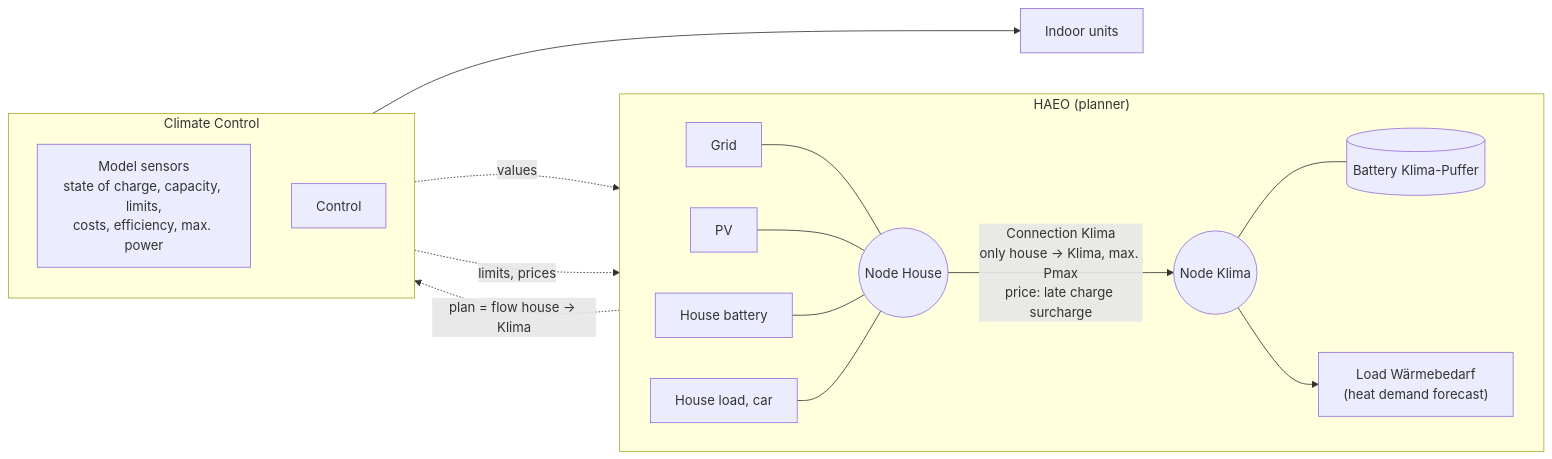
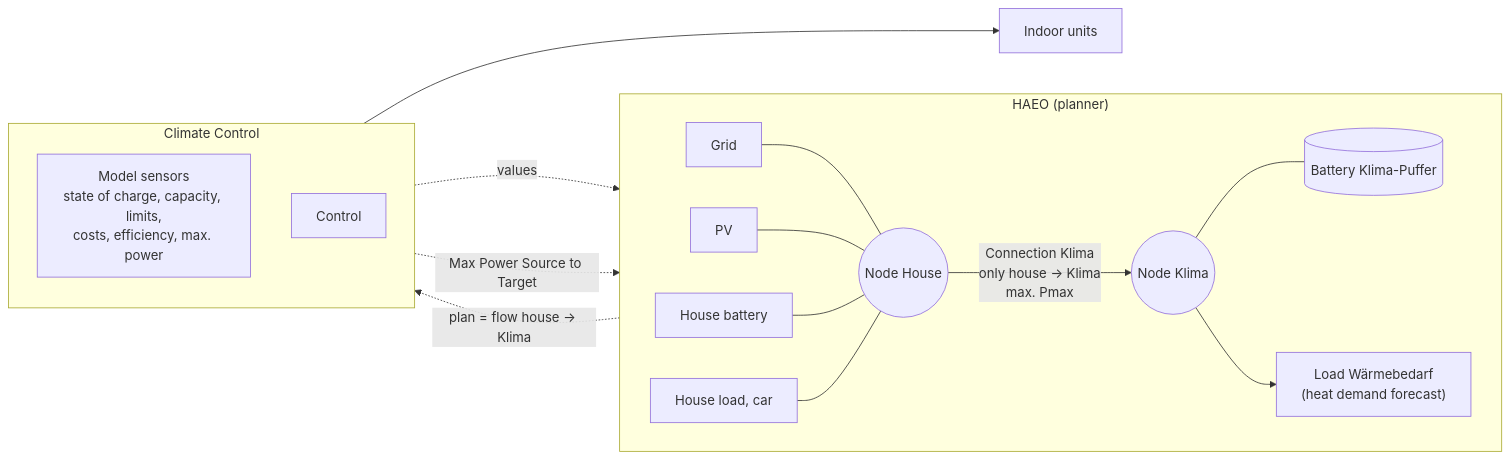
Before and after one commit to principat/ha-indirect-climate-control: the first of 2 diagrams in README.md, drawn with Mermaid. The commit also changed other lines of this file and 9 other files, not shown here.

````diff
--- a/README.md
+++ b/README.md
@@ -76,22 +76,22 @@
 ```mermaid
 flowchart LR
     subgraph haeo["HAEO (planner)"]
         direction LR
         grid["Grid"] --- house(("Node House"))
         pv["PV"] --- house
         battery["House battery"] --- house
         consumption["House load, car"] --- house
-        house -- "Connection Klima<br/>only house → Klima, max. Pmax<br/>price: late charge surcharge" --> klima(("Node Klima"))
+        house -- "Connection Klima<br/>only house → Klima<br/>max. Pmax" --> klima(("Node Klima"))
         klima --- buffer[("Battery Klima-Puffer")]
         klima --> heat["Load Wärmebedarf<br/>(heat demand forecast)"]
     end
     subgraph cc["Climate Control"]
         direction TB
         values["Model sensors<br/>state of charge, capacity, limits,<br/>costs, efficiency, max. power"]
         control["Control"]
     end
     values -. "values" .-> buffer
-    values -. "limits, prices" .-> klima
+    values -. "Max Power Source to Target" .-> klima
     klima -. "plan = flow house → Klima" .-> control
     control --> units["Indoor units"]
 ```
````
